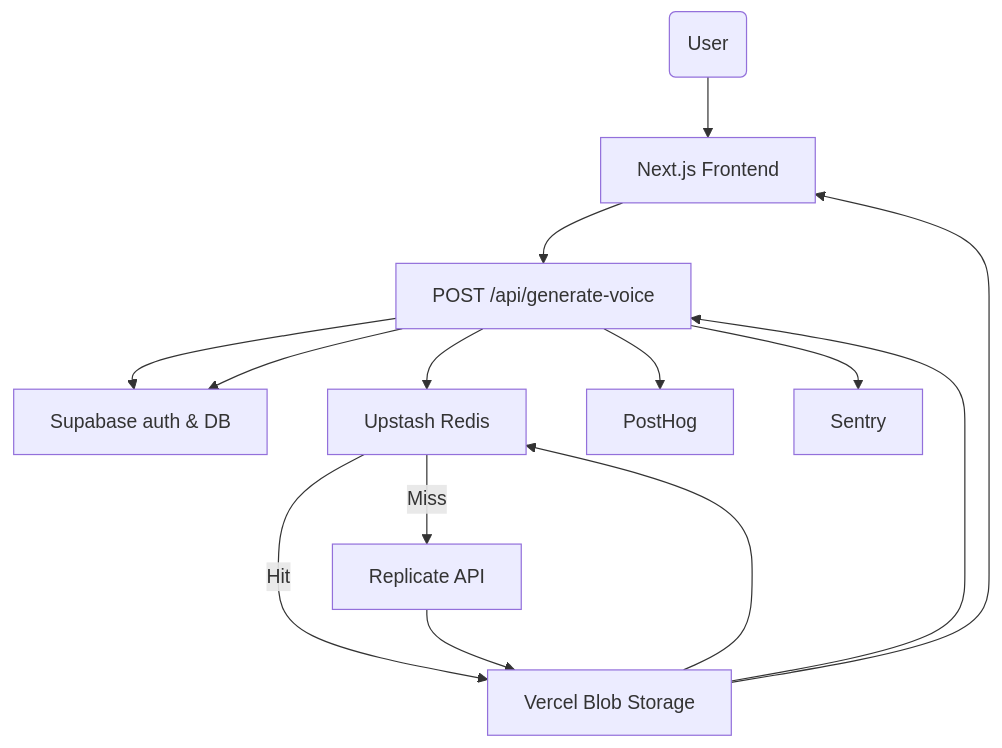
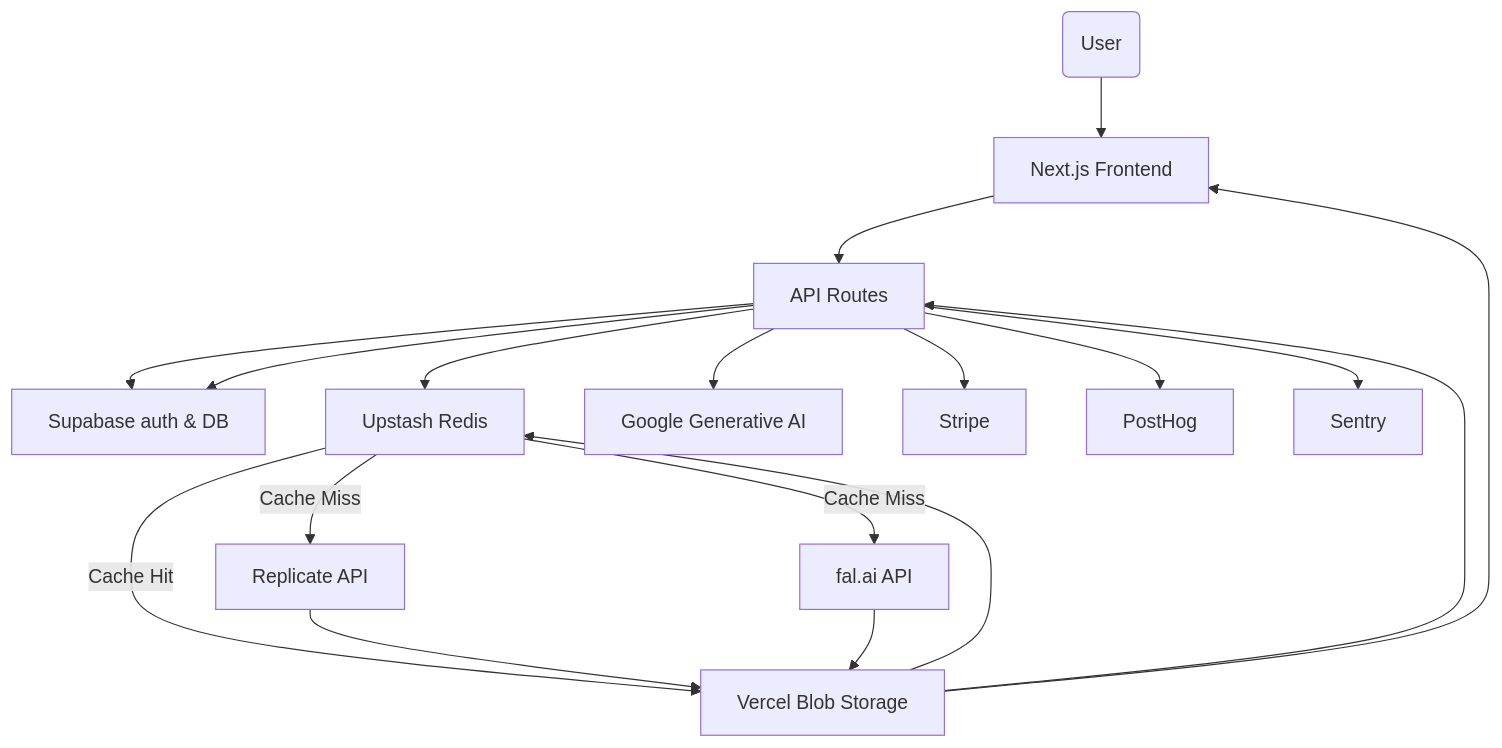
The diagram in ARCHITECTURE.md (gianpaj/sexyvoice), drawn with Mermaid before and after one commit. The commit also changed other lines of this file and 5 other files, not shown here.

````diff
--- a/ARCHITECTURE.md
+++ b/ARCHITECTURE.md
@@ -17,26 +20,33 @@
 ```mermaid
 flowchart TD
     user(User)
     client[Next.js Frontend]
-    api[POST /api/generate-voice]
+    api[API Routes]
     supabase[Supabase auth & DB]
     redis[Upstash Redis]
     replicate[Replicate API]
+    fal[fal.ai API]
+    googleai[Google Generative AI]
     blob[Vercel Blob Storage]
+    stripe[Stripe]
     posthog[PostHog]
     sentry[Sentry]
 
     user --> client
     client --> api
     api --> supabase
     api --> redis
-    redis -->|Hit| blob
-    redis -->|Miss| replicate
+    redis -->|Cache Hit| blob
+    redis -->|Cache Miss| replicate
+    redis -->|Cache Miss| fal
+    api --> googleai
     replicate --> blob
+    fal --> blob
     blob --> redis
     blob --> api
+    api --> stripe
     api --> posthog
     api --> sentry
     api --> supabase
     blob --> client
 ```
````
